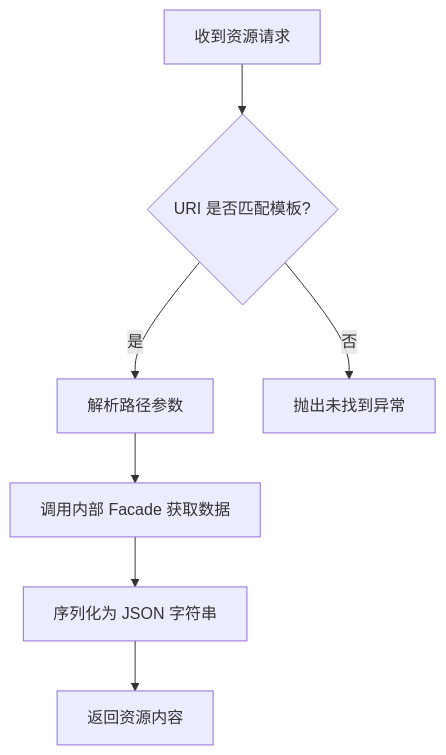
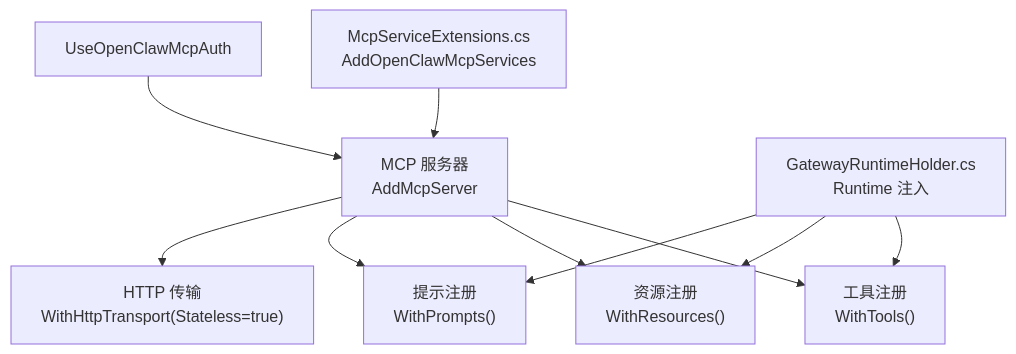
Before and after one commit to wayyet/kingcrab: the fifth of 9 diagrams in .qoder/repowiki/zh/content/API 参考/MCP 协议.md, drawn with Mermaid. The commit also changed other lines of this file and 431 other files, not shown here.

````diff
--- a/.qoder/repowiki/zh/content/API 参考/MCP 协议.md
+++ b/.qoder/repowiki/zh/content/API 参考/MCP 协议.md
@@ -226,9 +260,12 @@
 ```mermaid
-flowchart TD
-A["收到资源请求"] --> B{"URI 是否匹配模板?"}
-B --> |是| C["解析路径参数"]
-C --> D["调用内部 Facade 获取数据"]
-D --> E["序列化为 JSON 字符串"]
-E --> F["返回资源内容"]
-B --> |否| G["抛出未找到异常"]
+graph TB
+A["McpServiceExtensions.cs<br/>AddOpenClawMcpServices"] --> B["MCP 服务器<br/>AddMcpServer"]
+B --> C["工具注册<br/>WithTools<OpenClawMcpTools>()"]
+B --> D["资源注册<br/>WithResources<OpenClawMcpResources>()"]
+B --> E["提示注册<br/>WithPrompts<OpenClawMcpPrompts>()"]
+B --> F["HTTP 传输<br/>WithHttpTransport(Stateless=true)"]
+G["GatewayRuntimeHolder.cs<br/>Runtime 注入"] --> C
+G --> D
+G --> E
+H["UseOpenClawMcpAuth"] --> B
 ```
````
